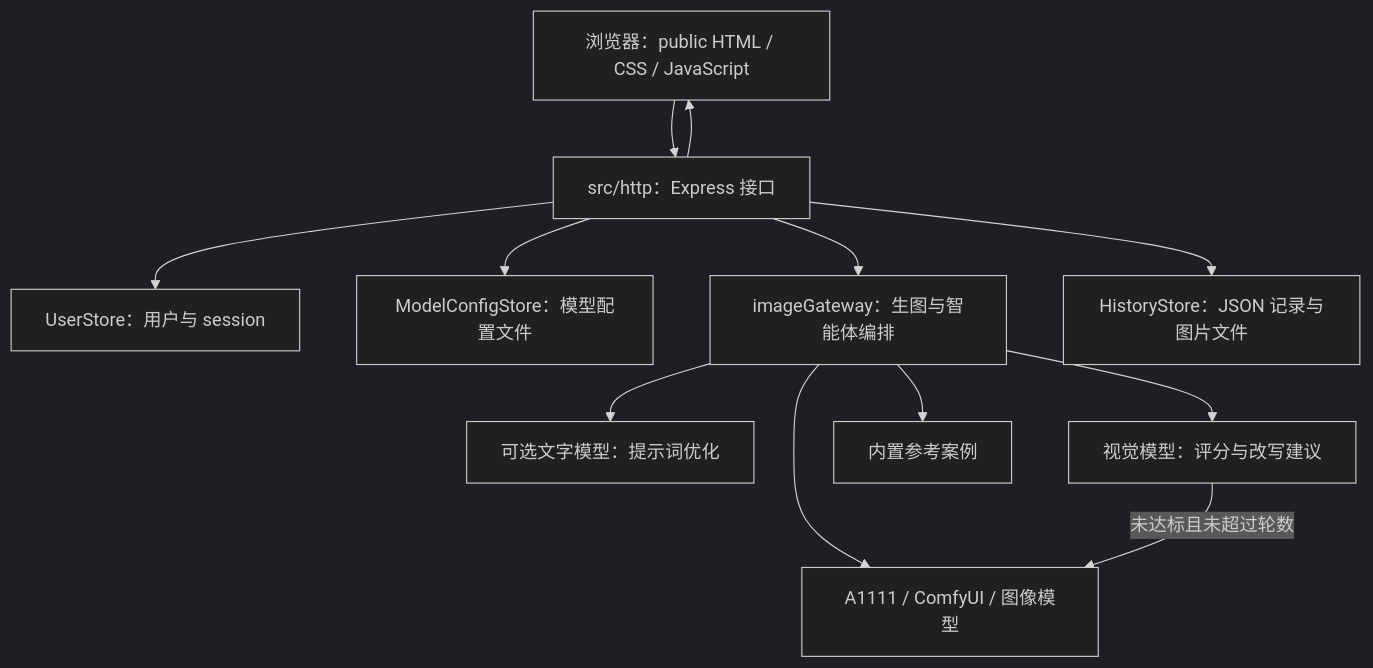
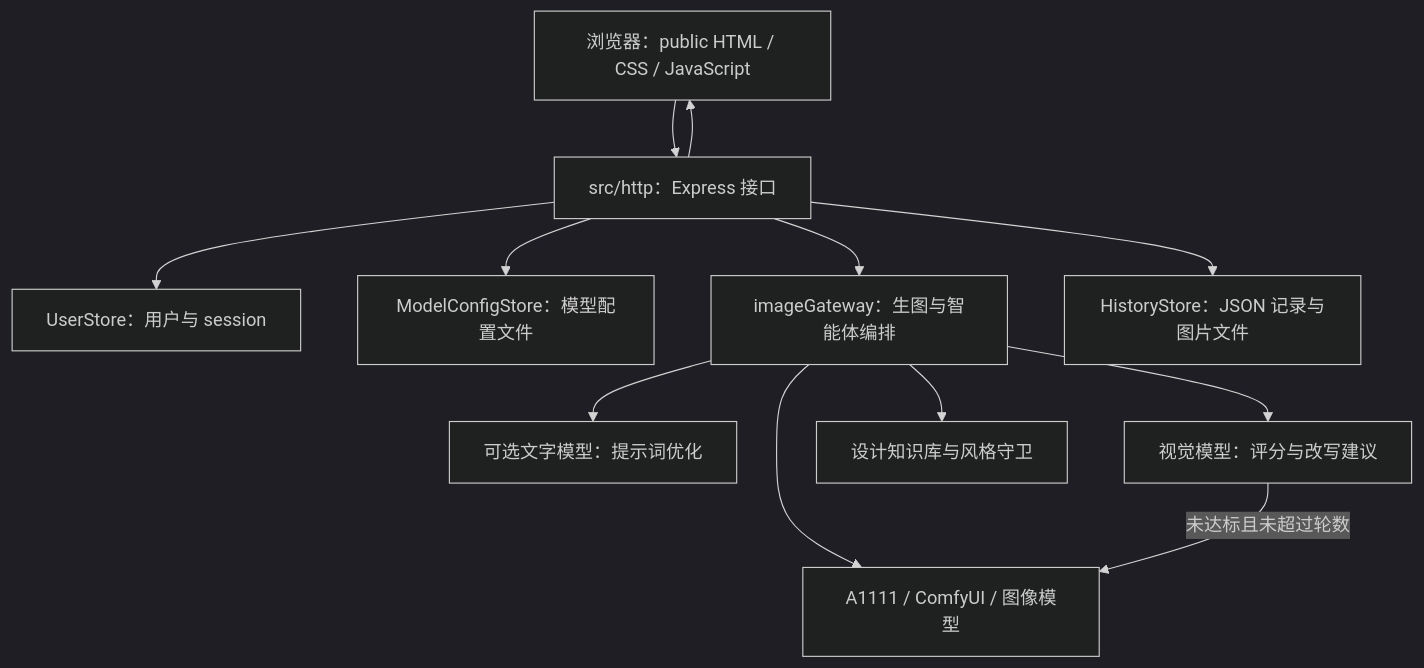
One commit to yumi233/SD-Chinese-style-furniture changed the diagram in docs/PROJECT_OVERVIEW.md. Above: the diagram before and after it, drawn with Mermaid (dark theme). The commit also changed other lines of this file and 43 other files, not shown here.

````diff
--- a/docs/PROJECT_OVERVIEW.md
+++ b/docs/PROJECT_OVERVIEW.md
@@ -28,14 +28,14 @@
 ```mermaid
 flowchart TD
   UI[浏览器：public HTML / CSS / JavaScript] --> API[src/http：Express 接口]
   API --> AUTH[UserStore：用户与 session]
   API --> CFG[ModelConfigStore：模型配置文件]
   API --> GW[imageGateway：生图与智能体编排]
   GW --> TEXT[可选文字模型：提示词优化]
   GW --> GEN[A1111 / ComfyUI / 图像模型]
   GW --> VISION[视觉模型：评分与改写建议]
-  GW --> REF[内置参考案例]
+  GW --> REF[设计知识库与风格守卫]
   VISION -->|未达标且未超过轮数| GEN
   API --> HIST[HistoryStore：JSON 记录与图片文件]
   API --> UI
 ```
````
